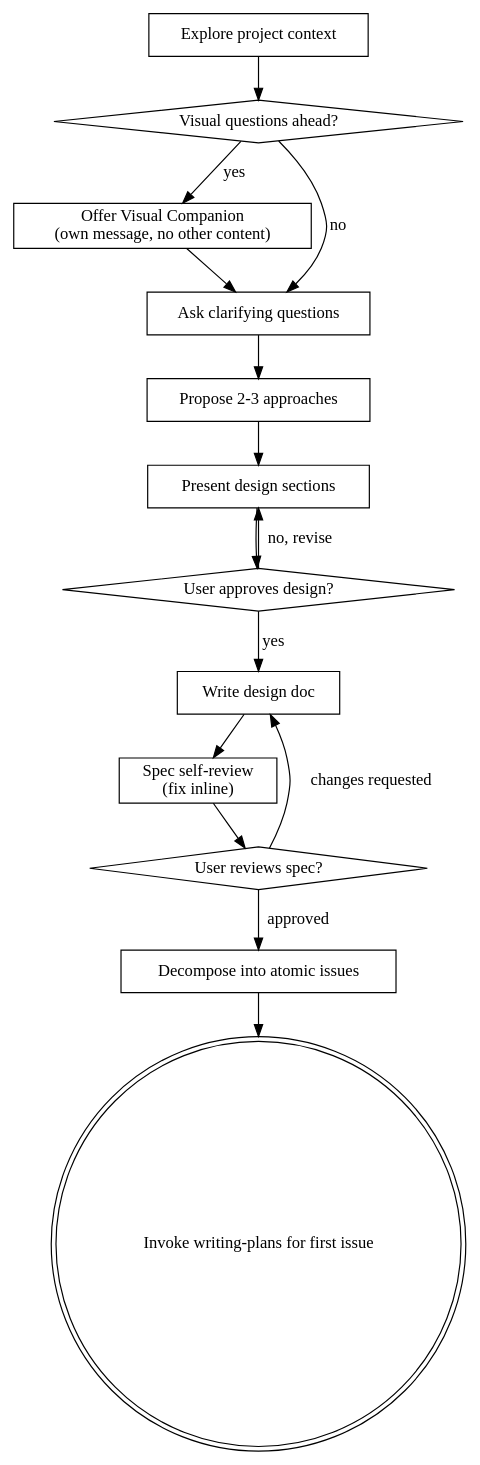
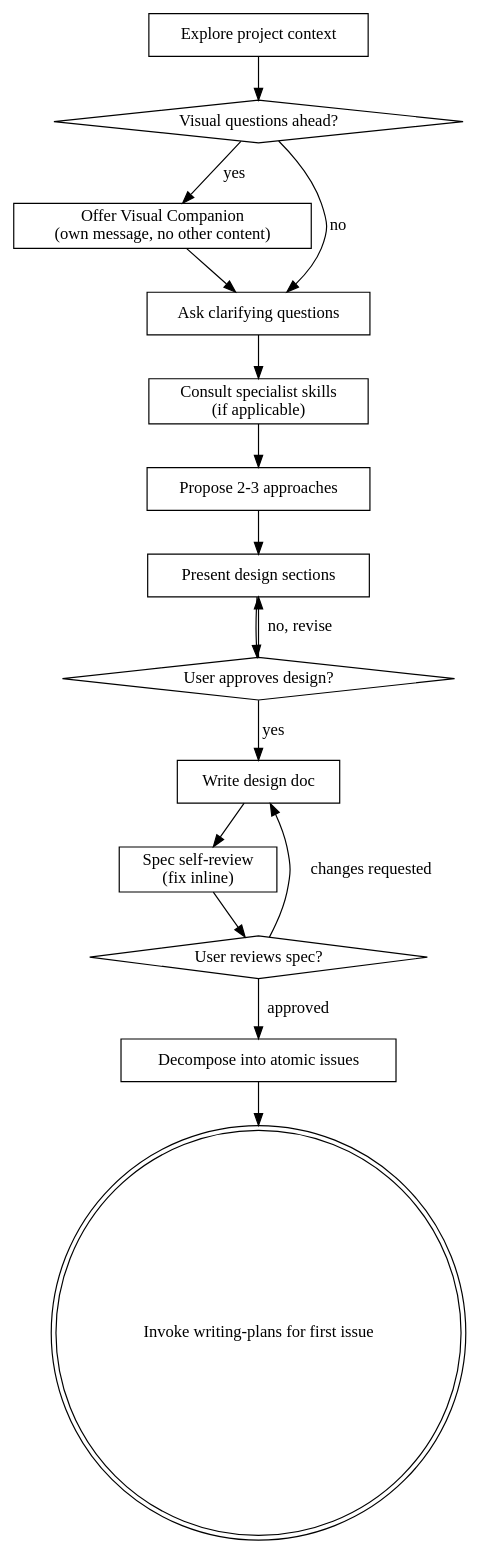
Before and after one commit to slgoodrich/superpowers: the diagram in skills/brainstorming/SKILL.md, drawn with Graphviz. The commit also changed other lines of this file, not shown here.

First line of the commit message:
feat(brainstorming): consult specialist skills before approaches

````diff
--- a/skills/brainstorming/SKILL.md
+++ b/skills/brainstorming/SKILL.md
@@ -37,31 +38,33 @@
 ```dot
 digraph brainstorming {
     "Explore project context" [shape=box];
     "Visual questions ahead?" [shape=diamond];
     "Offer Visual Companion\n(own message, no other content)" [shape=box];
     "Ask clarifying questions" [shape=box];
+    "Consult specialist skills\n(if applicable)" [shape=box];
     "Propose 2-3 approaches" [shape=box];
     "Present design sections" [shape=box];
     "User approves design?" [shape=diamond];
     "Write design doc" [shape=box];
     "Spec self-review\n(fix inline)" [shape=box];
     "User reviews spec?" [shape=diamond];
     "Decompose into atomic issues" [shape=box];
     "Invoke writing-plans for first issue" [shape=doublecircle];
 
     "Explore project context" -> "Visual questions ahead?";
     "Visual questions ahead?" -> "Offer Visual Companion\n(own message, no other content)" [label="yes"];
     "Visual questions ahead?" -> "Ask clarifying questions" [label="no"];
     "Offer Visual Companion\n(own message, no other content)" -> "Ask clarifying questions";
-    "Ask clarifying questions" -> "Propose 2-3 approaches";
+    "Ask clarifying questions" -> "Consult specialist skills\n(if applicable)";
+    "Consult specialist skills\n(if applicable)" -> "Propose 2-3 approaches";
     "Propose 2-3 approaches" -> "Present design sections";
     "Present design sections" -> "User approves design?";
     "User approves design?" -> "Present design sections" [label="no, revise"];
     "User approves design?" -> "Write design doc" [label="yes"];
     "Write design doc" -> "Spec self-review\n(fix inline)";
     "Spec self-review\n(fix inline)" -> "User reviews spec?";
     "User reviews spec?" -> "Write design doc" [label="changes requested"];
     "User reviews spec?" -> "Decompose into atomic issues" [label="approved"];
     "Decompose into atomic issues" -> "Invoke writing-plans for first issue";
 }
 ```
````
